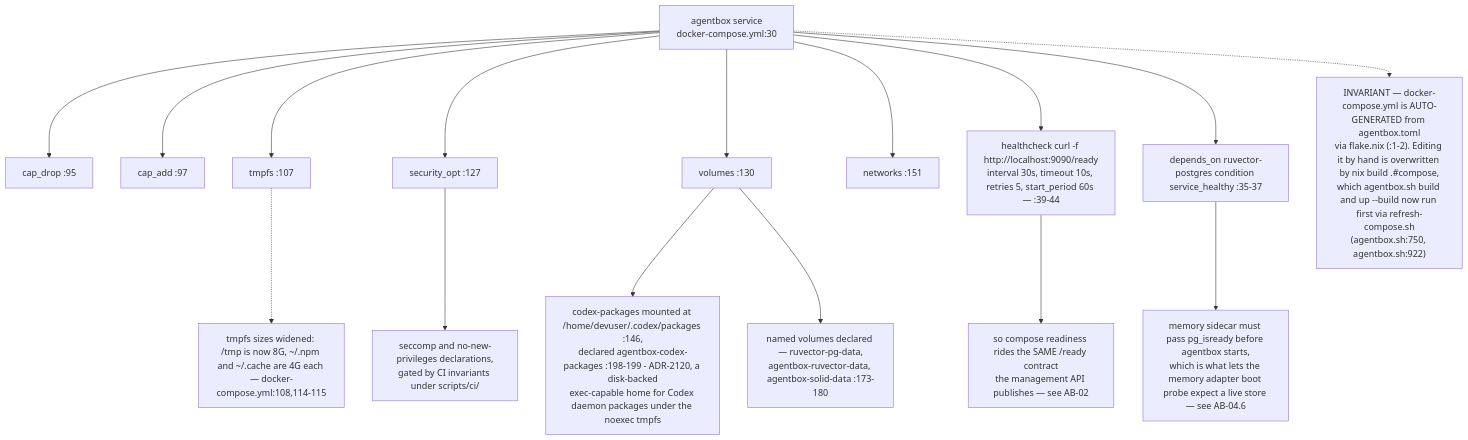
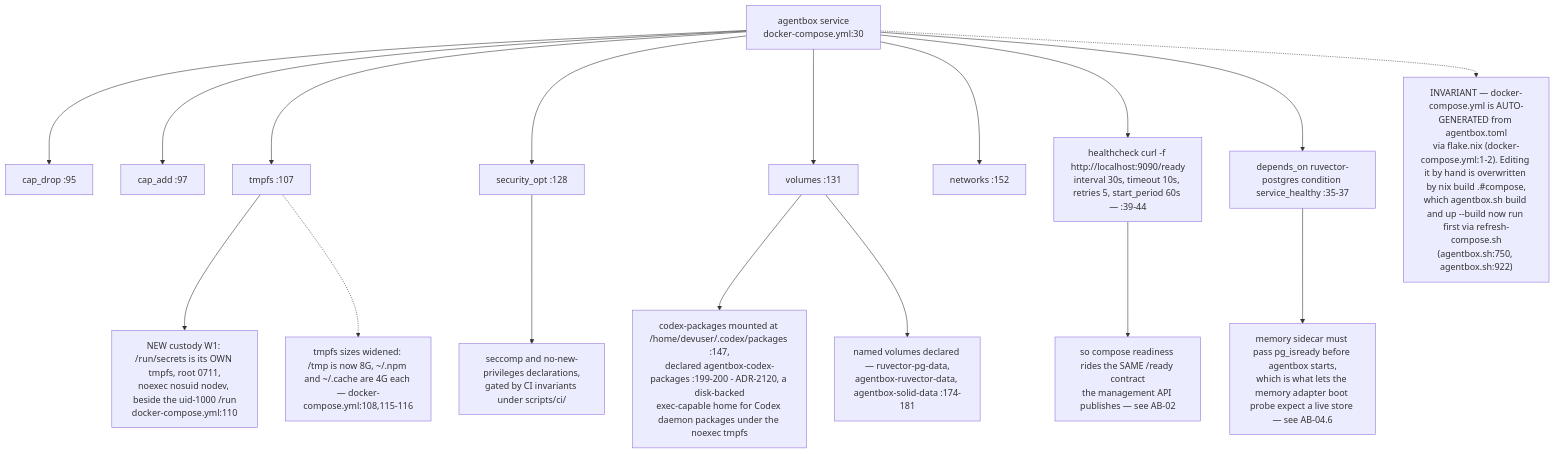
One commit to DreamLab-AI/VisionFlow changed the eighth of 13 diagrams in docs/diagrams/agentbox/06-sidecars-and-compose-overlays.md. Above: the diagram before and after it, drawn with Mermaid. The commit also changed other lines of this file and 14 other files, not shown here.

First line of the commit message:
docs(diagrams): custody role isolation — new AB-36, re-stamp 11 topics at the custody integration head

````diff
--- a/docs/diagrams/agentbox/06-sidecars-and-compose-overlays.md
+++ b/docs/diagrams/agentbox/06-sidecars-and-compose-overlays.md
@@ -234,18 +244,19 @@
 ```mermaid
 flowchart TD
     AB["agentbox service<br/>docker-compose.yml:30"] --> CD["cap_drop :95"]
     AB --> CA2["cap_add :97"]
     AB --> TM["tmpfs :107"]
-    AB --> SO["security_opt :127"]
-    AB --> VOL["volumes :130"]
-    AB --> NET["networks :151"]
+    TM --> SEC["NEW custody W1: /run/secrets is its OWN tmpfs, root 0711,<br/>noexec nosuid nodev, beside the uid-1000 /run<br/>docker-compose.yml:110"]
+    AB --> SO["security_opt :128"]
+    AB --> VOL["volumes :131"]
+    AB --> NET["networks :152"]
     SO --> SCC["seccomp and no-new-privileges declarations,<br/>gated by CI invariants under scripts/ci/"]
-    VOL --> CXP["codex-packages mounted at /home/devuser/.codex/packages :146,<br/>declared agentbox-codex-packages :198-199 - ADR-2120, a disk-backed<br/>exec-capable home for Codex daemon packages under the noexec tmpfs"]
-    VOL --> NV["named volumes declared — ruvector-pg-data,<br/>agentbox-ruvector-data, agentbox-solid-data :173-180"]
+    VOL --> CXP["codex-packages mounted at /home/devuser/.codex/packages :147,<br/>declared agentbox-codex-packages :199-200 - ADR-2120, a disk-backed<br/>exec-capable home for Codex daemon packages under the noexec tmpfs"]
+    VOL --> NV["named volumes declared — ruvector-pg-data,<br/>agentbox-ruvector-data, agentbox-solid-data :174-181"]
     AB --> HC["healthcheck curl -f http://localhost:9090/ready<br/>interval 30s, timeout 10s, retries 5, start_period 60s — :39-44"]
     HC --> RDY["so compose readiness rides the SAME /ready contract<br/>the management API publishes — see AB-02"]
     AB --> DEP["depends_on ruvector-postgres condition service_healthy :35-37"]
     DEP --> ORD["memory sidecar must pass pg_isready before agentbox starts,<br/>which is what lets the memory adapter boot probe expect a live store — see AB-04.6"]
-    AB -.-> GEN["INVARIANT — docker-compose.yml is AUTO-GENERATED from agentbox.toml<br/>via flake.nix (:1-2). Editing it by hand is overwritten by nix build .#compose,<br/>which agentbox.sh build and up --build now run first via refresh-compose.sh<br/>(agentbox.sh:750, agentbox.sh:922)"]
-    TM -.-> TMS["tmpfs sizes widened: /tmp is now 8G, ~/.npm and ~/.cache are 4G each — docker-compose.yml:108,114-115"]
+    AB -.-> GEN["INVARIANT — docker-compose.yml is AUTO-GENERATED from agentbox.toml<br/>via flake.nix (docker-compose.yml:1-2). Editing it by hand is overwritten by nix build .#compose,<br/>which agentbox.sh build and up --build now run first via refresh-compose.sh<br/>(agentbox.sh:750, agentbox.sh:922)"]
+    TM -.-> TMS["tmpfs sizes widened: /tmp is now 8G, ~/.npm and ~/.cache are 4G each — docker-compose.yml:108,115-116"]
 ```
````
